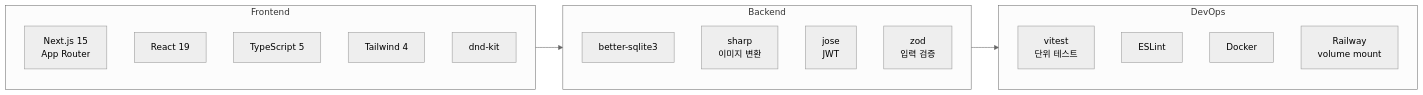
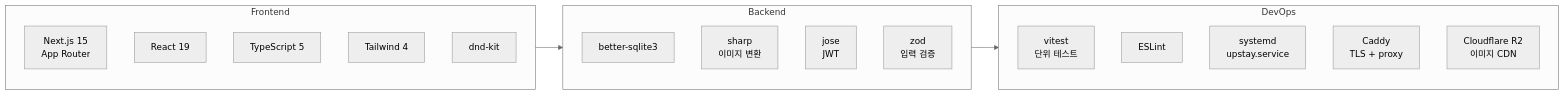
Before and after one commit to doublesilver/upstay-website: the seventh of 11 diagrams in README.md, drawn with Mermaid (neutral theme). The commit also changed other lines of this file and 2 other files, not shown here.

````diff
--- a/README.md
+++ b/README.md
@@ -300,27 +305,28 @@
 ```mermaid
 flowchart LR
     subgraph Frontend["Frontend"]
         NextJS["Next.js 15<br/>App Router"]
         React["React 19"]
         TS["TypeScript 5"]
         TW["Tailwind 4"]
         DnD["dnd-kit"]
     end
 
     subgraph Backend["Backend"]
         Sqlite["better-sqlite3"]
         Sharp["sharp<br/>이미지 변환"]
         Jose["jose<br/>JWT"]
         Zod["zod<br/>입력 검증"]
     end
 
     subgraph DevOps["DevOps"]
         Vitest["vitest<br/>단위 테스트"]
         ESLint["ESLint"]
-        Docker["Docker"]
-        Railway2["Railway<br/>volume mount"]
+        Systemd["systemd<br/>upstay.service"]
+        Caddy2["Caddy<br/>TLS + proxy"]
+        R2["Cloudflare R2<br/>이미지 CDN"]
     end
 
     Frontend --> Backend
     Backend --> DevOps
 ```
````
